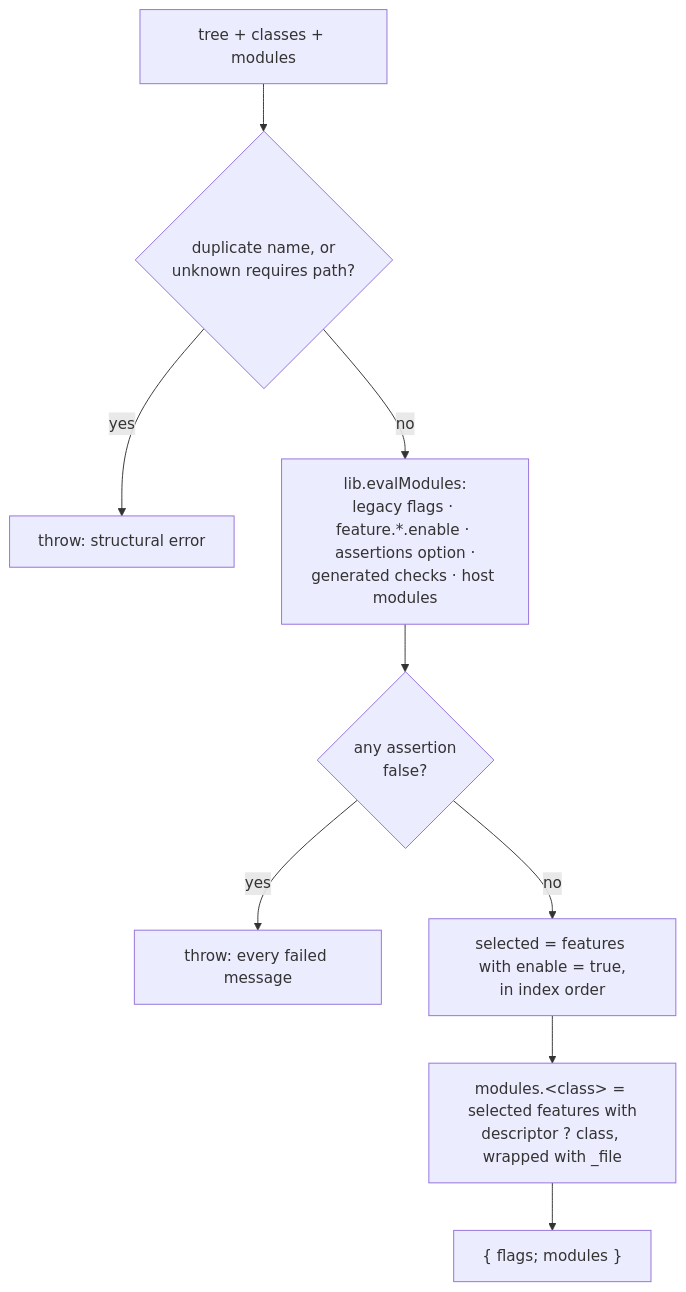
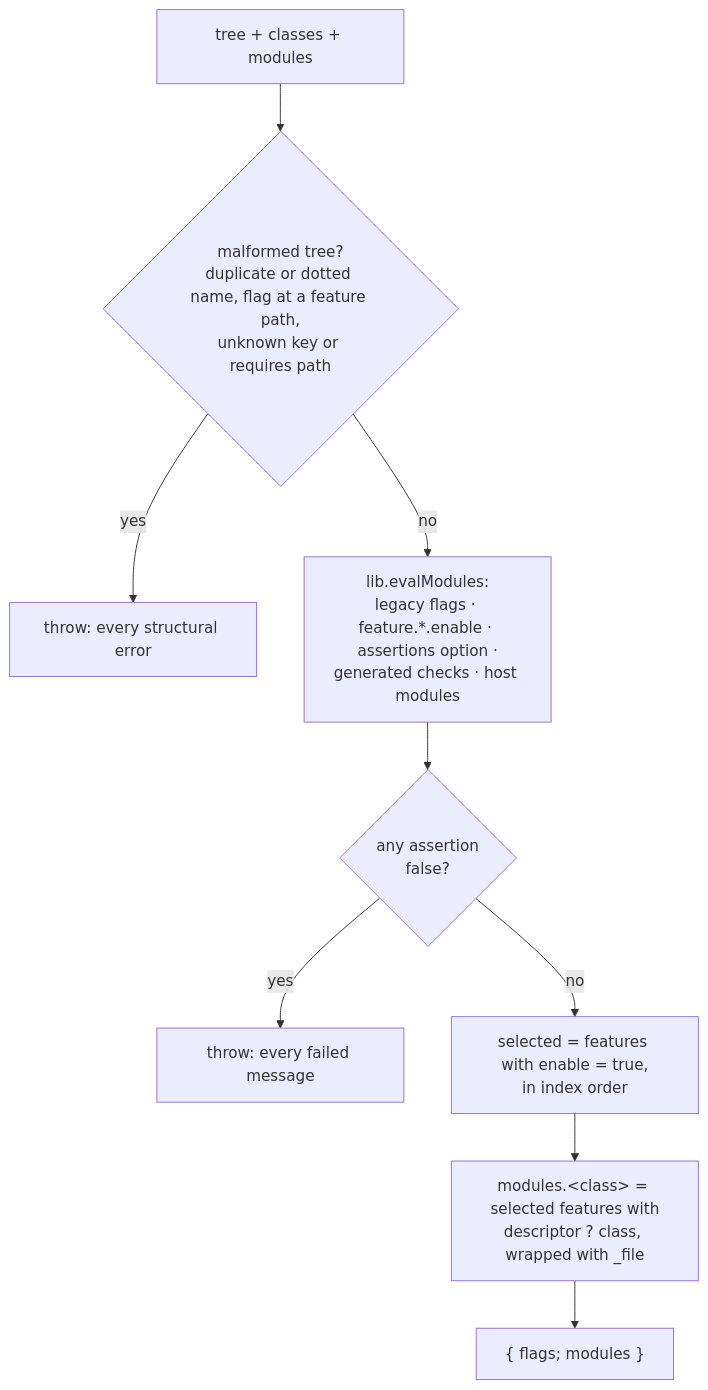
Before and after one commit to davidlee/nix-config: the second of 3 diagrams in flakes/.doctrine/slice/001/design.md, drawn with Mermaid. The commit also changed other lines of this file and 13 other files, not shown here.

````diff
--- a/flakes/.doctrine/slice/001/design.md
+++ b/flakes/.doctrine/slice/001/design.md
@@ -211,11 +214,11 @@
 ```mermaid
 flowchart TD
-  A["tree + classes + modules"] --> S{"duplicate name, or<br/>unknown requires path?"}
-  S -->|yes| X0["throw: structural error"]
+  A["tree + classes + modules"] --> S{"malformed tree?<br/>duplicate or dotted name, flag at a feature path,<br/>unknown key or requires path"}
+  S -->|yes| X0["throw: every structural error"]
   S -->|no| B["lib.evalModules:<br/>legacy flags · feature.*.enable · assertions option ·<br/>generated checks · host modules"]
   B --> C{"any assertion<br/>false?"}
   C -->|yes| X["throw: every failed message"]
   C -->|no| D["selected = features with enable = true,<br/>in index order"]
   D --> E["modules.&lt;class&gt; = selected features with<br/>descriptor ? class, wrapped with _file"]
   E --> F["{ flags; modules }"]
 ```
````
